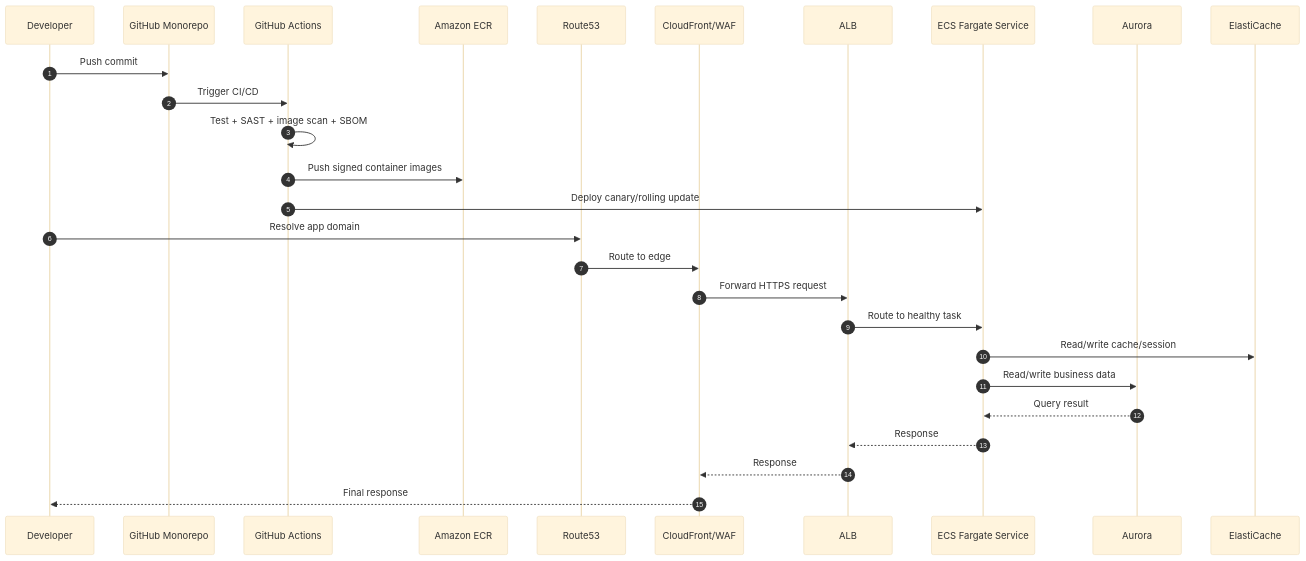
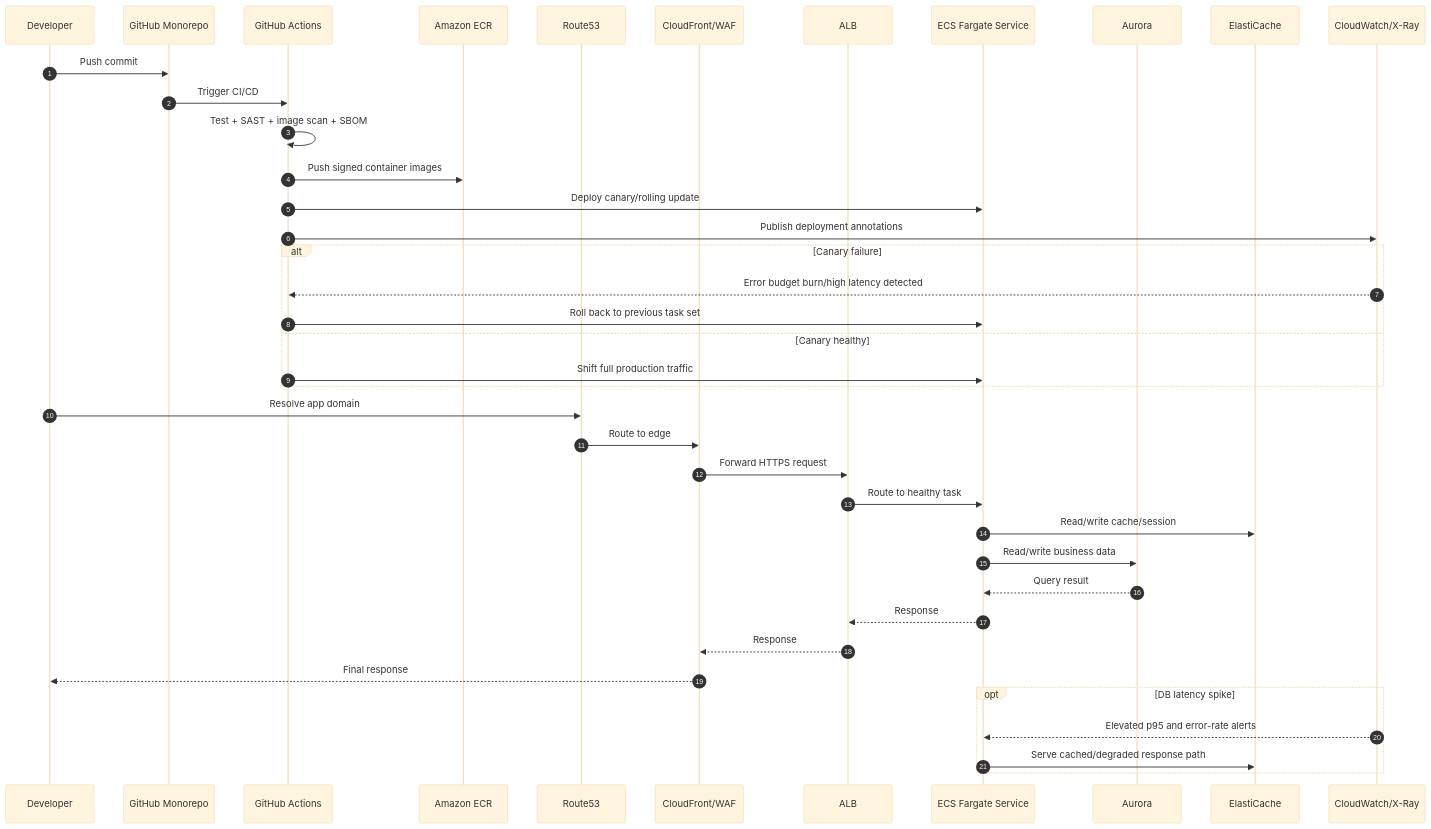
The diagram in diagrams/sequence/aws-ecs-fargate-sequence.md (dhananjay8/leetcode), drawn with Mermaid (base theme) before and after one commit. The commit also changed other lines of this file and 17 other files, not shown here.

Commit message:
Refactor interview-ready cloud architecture diagrams

````diff
--- a/diagrams/sequence/aws-ecs-fargate-sequence.md
+++ b/diagrams/sequence/aws-ecs-fargate-sequence.md
@@ -3,31 +3,45 @@
 ```mermaid
 sequenceDiagram
     autonumber
     participant Dev as Developer
     participant GH as GitHub Monorepo
     participant GHA as GitHub Actions
     participant ECR as Amazon ECR
     participant R53 as Route53
     participant CF as CloudFront/WAF
     participant ALB as ALB
     participant ECS as ECS Fargate Service
     participant DB as Aurora
     participant Redis as ElastiCache
+    participant Obs as CloudWatch/X-Ray
 
     Dev->>GH: Push commit
     GH->>GHA: Trigger CI/CD
     GHA->>GHA: Test + SAST + image scan + SBOM
     GHA->>ECR: Push signed container images
     GHA->>ECS: Deploy canary/rolling update
+    GHA->>Obs: Publish deployment annotations
+
+    alt Canary failure
+        Obs-->>GHA: Error budget burn/high latency detected
+        GHA->>ECS: Roll back to previous task set
+    else Canary healthy
+        GHA->>ECS: Shift full production traffic
+    end
 
     Dev->>R53: Resolve app domain
     R53->>CF: Route to edge
     CF->>ALB: Forward HTTPS request
     ALB->>ECS: Route to healthy task
     ECS->>Redis: Read/write cache/session
     ECS->>DB: Read/write business data
     DB-->>ECS: Query result
     ECS-->>ALB: Response
     ALB-->>CF: Response
     CF-->>Dev: Final response
+
+    opt DB latency spike
+        Obs-->>ECS: Elevated p95 and error-rate alerts
+        ECS->>Redis: Serve cached/degraded response path
+    end
 ```
````
